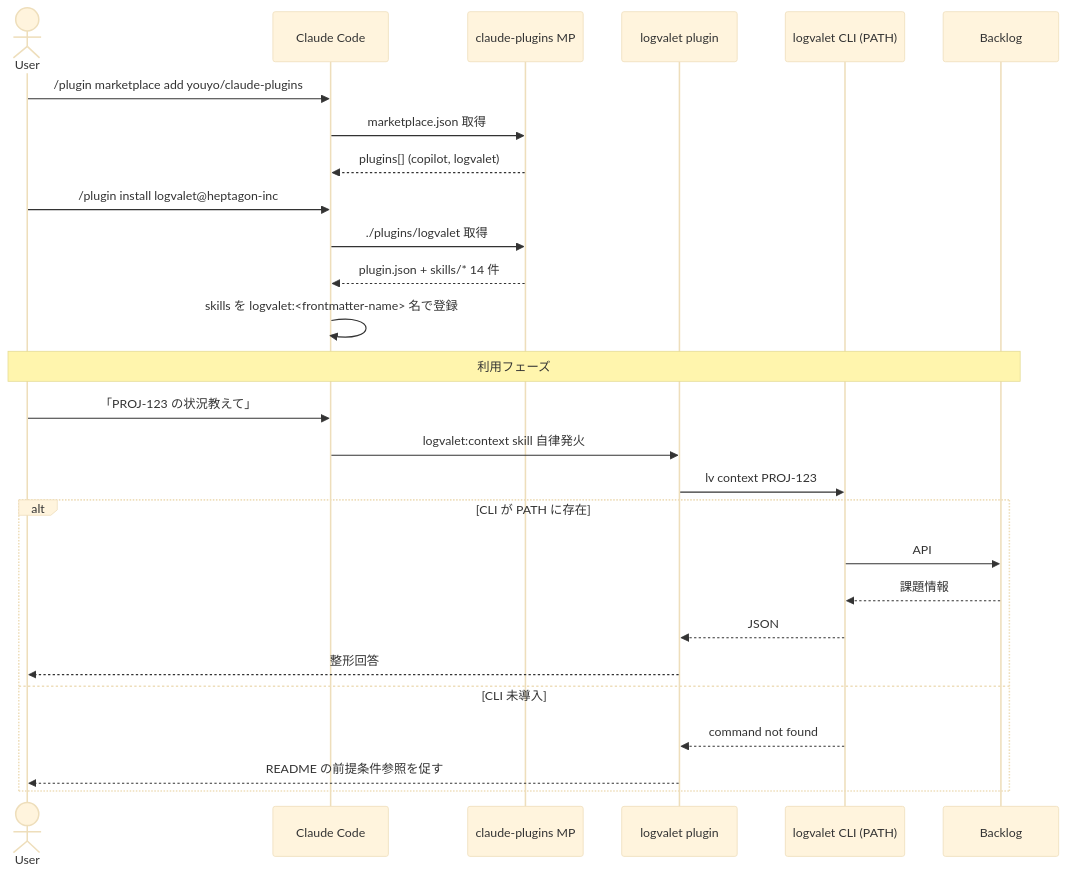
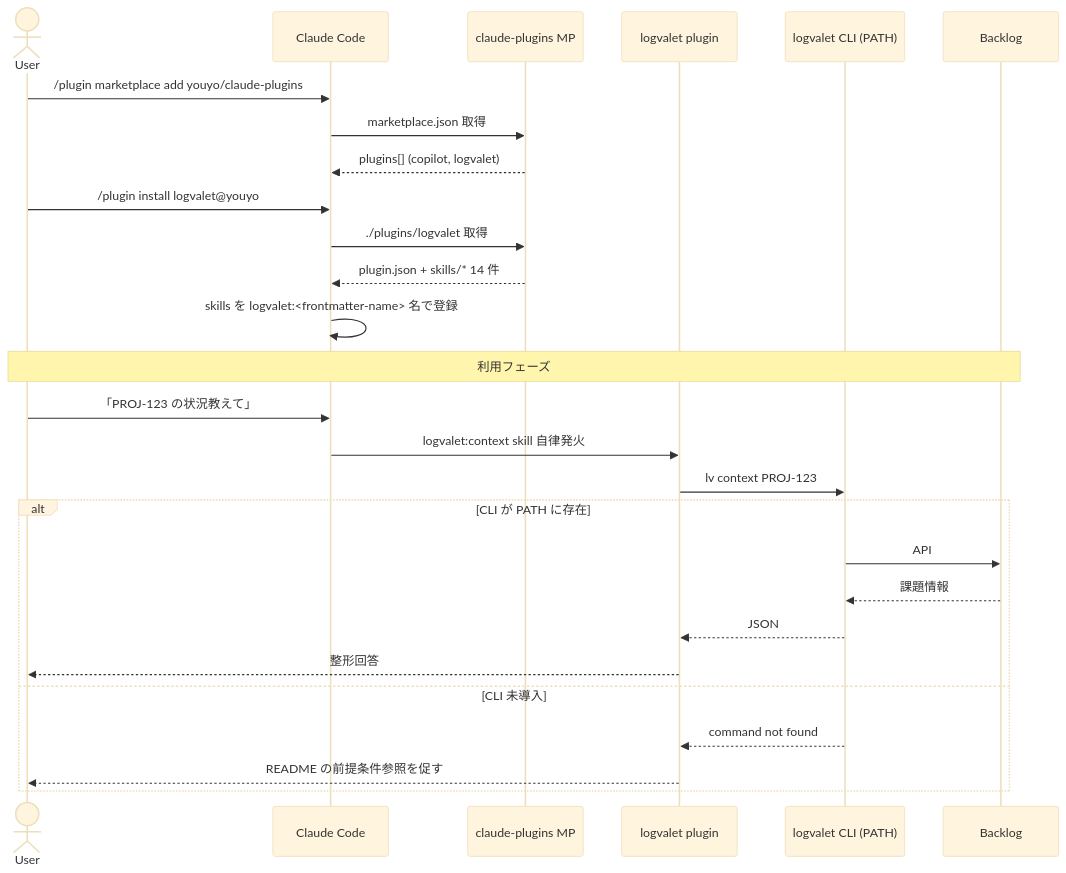
Before and after one commit to youyo/claude-plugins: the diagram in plans/typed-wondering-duckling.md, drawn with Mermaid (base theme). The commit also changed other lines of this file and 3 other files, not shown here.

First line of the commit message:
fix(docs): マーケットプレース名を heptagon-inc から youyo に統一

````diff
--- a/plans/typed-wondering-duckling.md
+++ b/plans/typed-wondering-duckling.md
@@ -162,31 +162,31 @@
 ```mermaid
 sequenceDiagram
     actor User
     participant CC as Claude Code
     participant MP as claude-plugins MP
     participant Plugin as logvalet plugin
     participant CLI as logvalet CLI (PATH)
     participant Backlog
 
     User->>CC: /plugin marketplace add youyo/claude-plugins
     CC->>MP: marketplace.json 取得
     MP-->>CC: plugins[] (copilot, logvalet)
-    User->>CC: /plugin install logvalet@heptagon-inc
+    User->>CC: /plugin install logvalet@youyo
     CC->>MP: ./plugins/logvalet 取得
     MP-->>CC: plugin.json + skills/* 14 件
     CC->>CC: skills を logvalet:<frontmatter-name> 名で登録
 
     Note over User,Backlog: 利用フェーズ
     User->>CC: 「PROJ-123 の状況教えて」
     CC->>Plugin: logvalet:context skill 自律発火
     Plugin->>CLI: lv context PROJ-123
     alt CLI が PATH に存在
         CLI->>Backlog: API
         Backlog-->>CLI: 課題情報
         CLI-->>Plugin: JSON
         Plugin-->>User: 整形回答
     else CLI 未導入
         CLI-->>Plugin: command not found
         Plugin-->>User: README の前提条件参照を促す
     end
 ```
````
